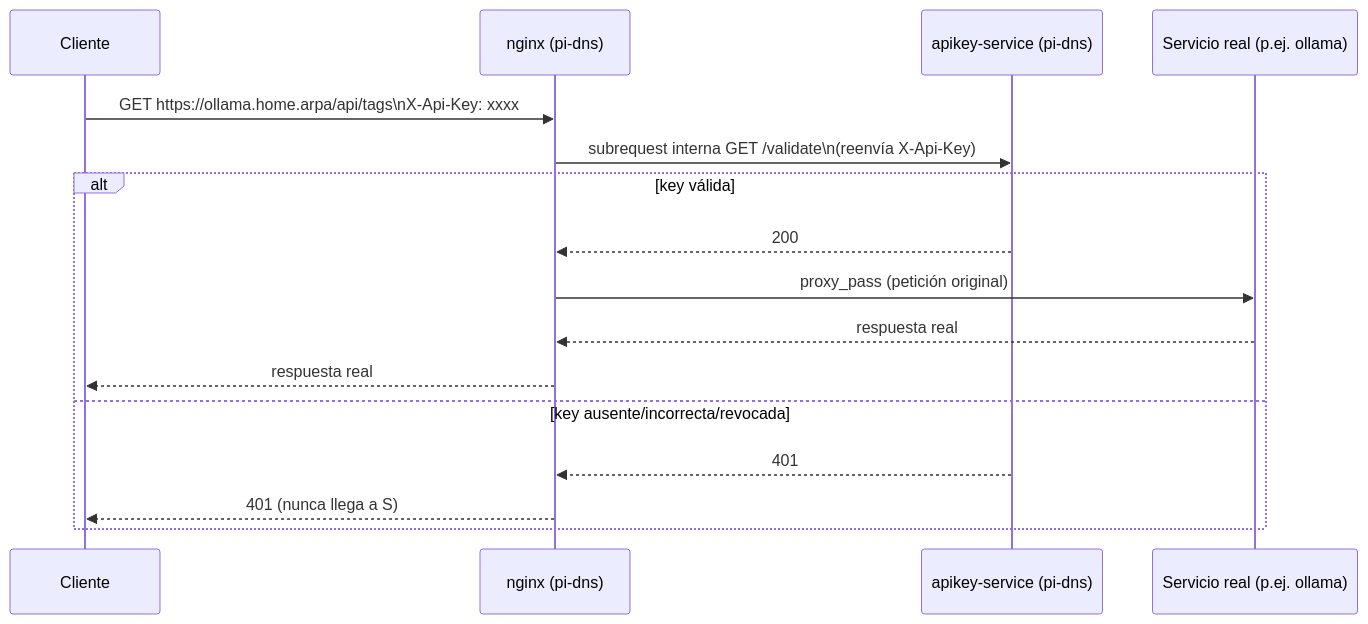
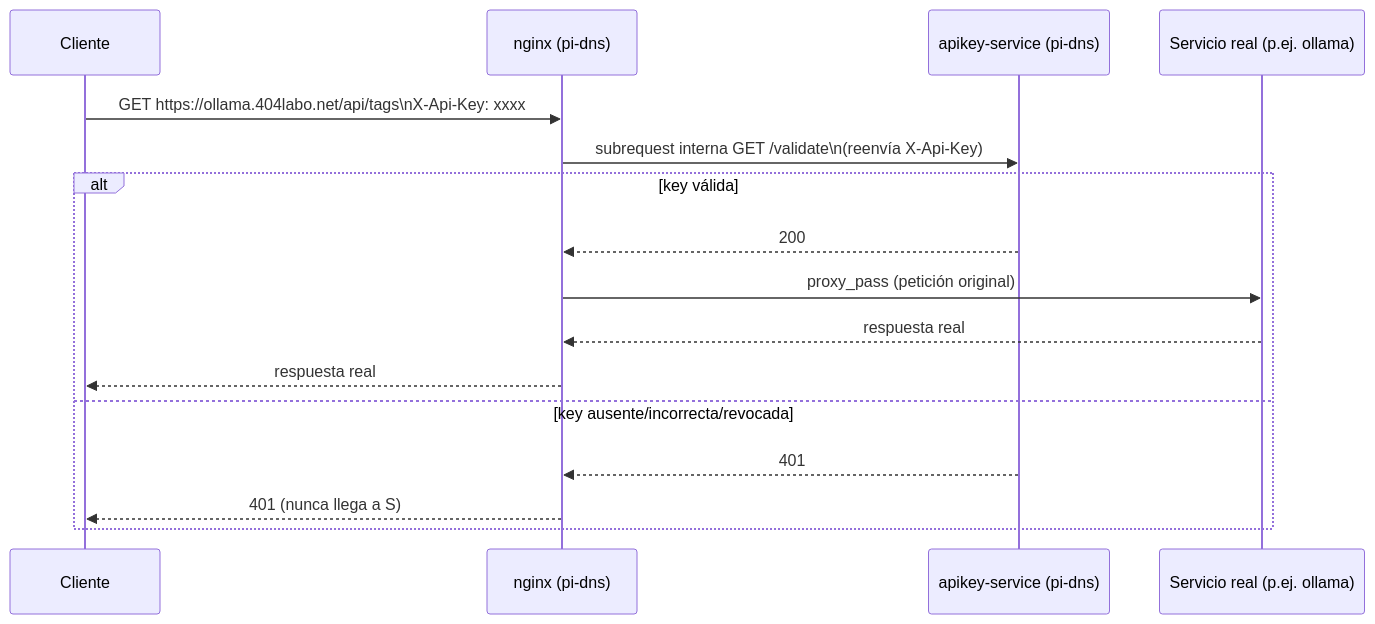
The fifth of 7 diagrams in docs/01-topologia.md (impalah/homelab-cluster), drawn with Mermaid before and after one commit. The commit also changed other lines of this file and 41 other files, not shown here.

````diff
--- a/docs/01-topologia.md
+++ b/docs/01-topologia.md
@@ -283,19 +294,19 @@
 ```mermaid
 sequenceDiagram
     participant C as Cliente
     participant N as nginx (pi-dns)
     participant A as apikey-service (pi-dns)
     participant S as Servicio real (p.ej. ollama)
 
-    C->>N: GET https://ollama.home.arpa/api/tags\nX-Api-Key: xxxx
+    C->>N: GET https://ollama.404labo.net/api/tags\nX-Api-Key: xxxx
     N->>A: subrequest interna GET /validate\n(reenvía X-Api-Key)
     alt key válida
         A-->>N: 200
         N->>S: proxy_pass (petición original)
         S-->>N: respuesta real
         N-->>C: respuesta real
     else key ausente/incorrecta/revocada
         A-->>N: 401
         N-->>C: 401 (nunca llega a S)
     end
 ```
````
